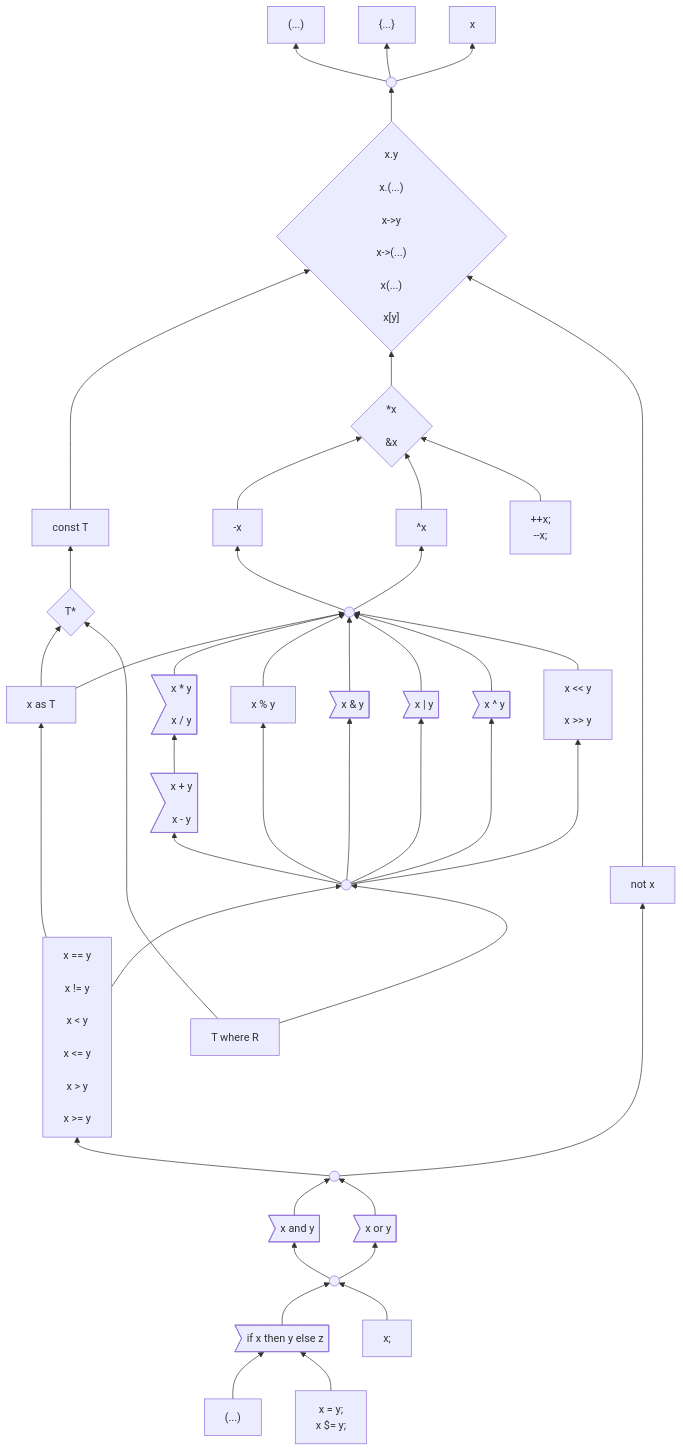
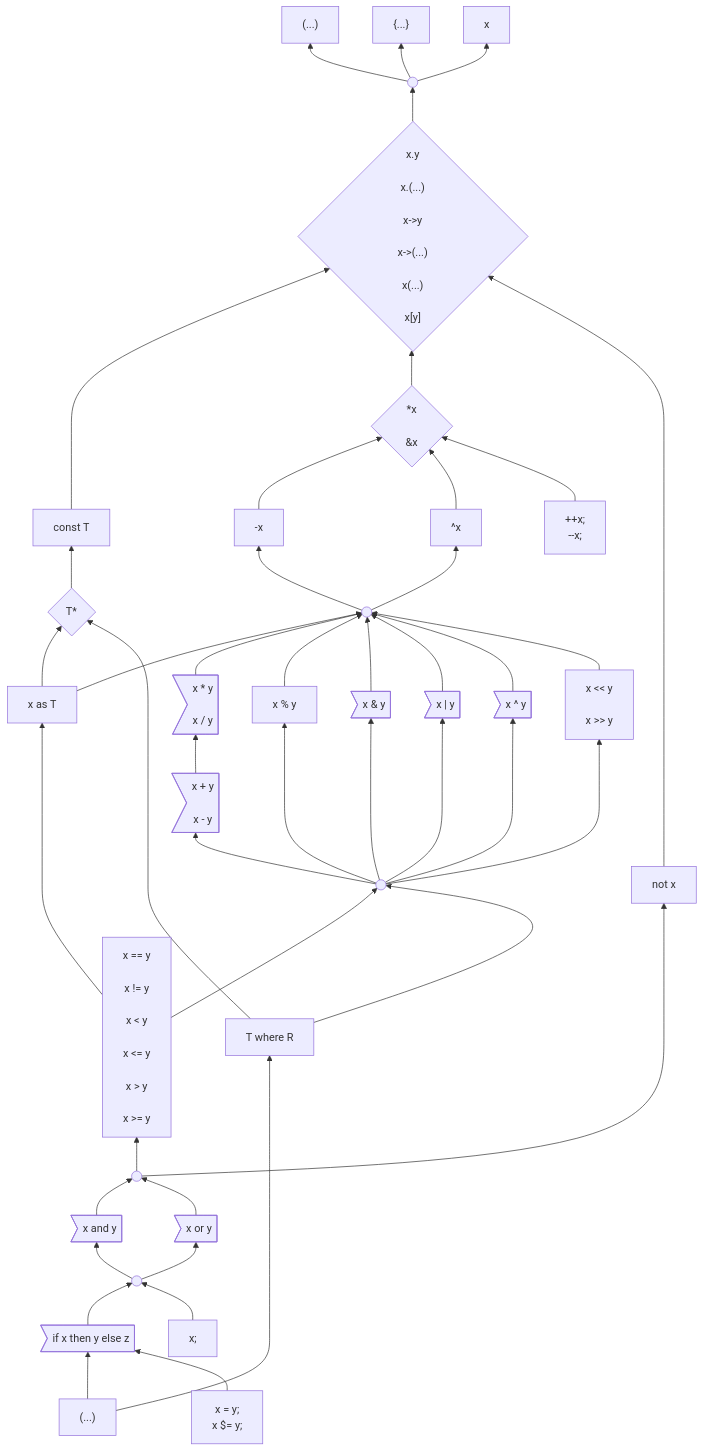
Before and after one commit to carbon-language/carbon-lang: the first of 3 diagrams in docs/design/expressions/README.md, drawn with Mermaid.

Commit message:
Checkpoint progress.

````diff
--- a/docs/design/expressions/README.md
+++ b/docs/design/expressions/README.md
@@ -176,4 +176,5 @@
     logicalExpression --> and & or
     if & expressionStatement --> logicalExpression
     insideParens & assignment --> if
+    insideParens --> where
 ```
````
